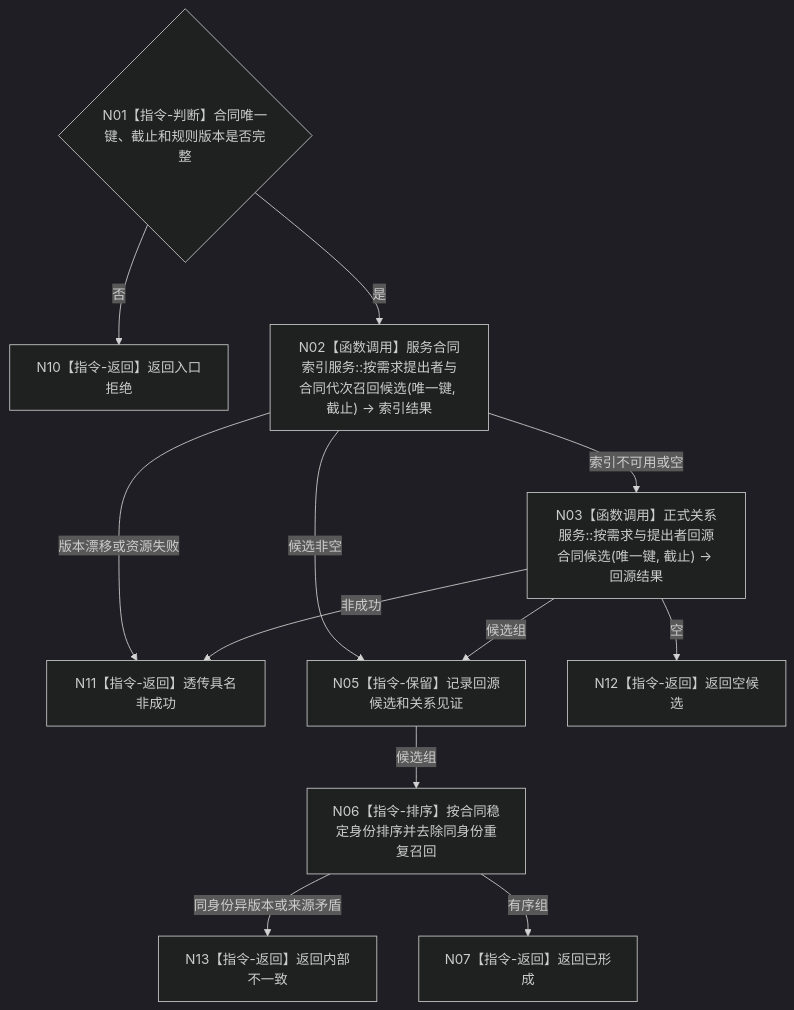
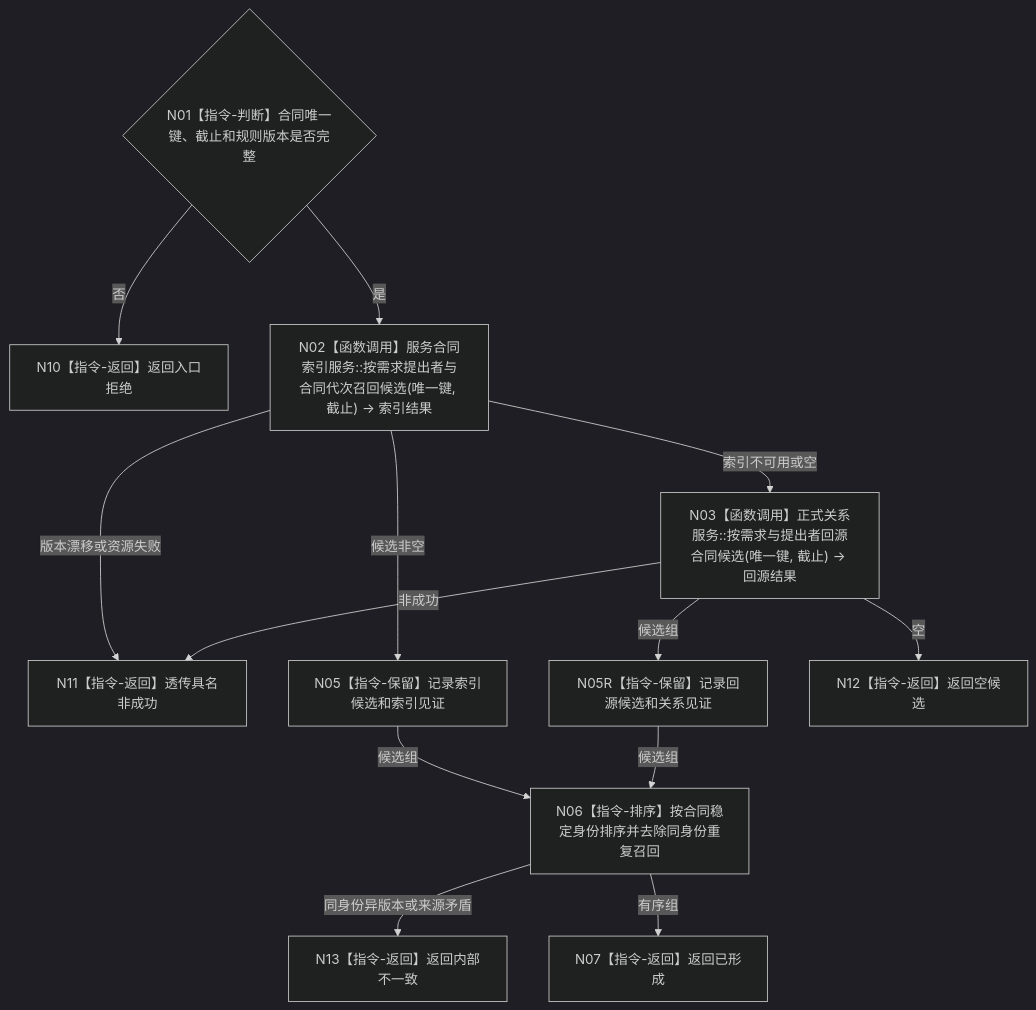
One commit to chunhaizh-cyber/HY-Ego changed the diagram in 流程图/目标业务流程图/L4/BIZ-L4-003-04-02-01_定位同一有效需求合同候选_目标函数流程图_v0.1.md. Above: the diagram before and after it, drawn with Mermaid (dark theme). The commit also changed other lines of this file and 4 other files, not shown here.

Commit message:
docs: 修正目标流程图节点接线

````diff
--- a/流程图/目标业务流程图/L4/BIZ-L4-003-04-02-01_定位同一有效需求合同候选_目标函数流程图_v0.1.md
+++ b/流程图/目标业务流程图/L4/BIZ-L4-003-04-02-01_定位同一有效需求合同候选_目标函数流程图_v0.1.md
@@ -30,14 +30,15 @@
 ```mermaid
 flowchart TD
     N01{"N01【指令-判断】合同唯一键、截止和规则版本是否完整"} -->|否| N10["N10【指令-返回】返回入口拒绝"]
     N01 -->|是| N02["N02【函数调用】服务合同索引服务::按需求提出者与合同代次召回候选(唯一键, 截止) -> 索引结果"]
     N02 -->|版本漂移或资源失败| N11["N11【指令-返回】透传具名非成功"]
     N02 -->|候选非空| N05["N05【指令-保留】记录索引候选和索引见证"]
     N02 -->|索引不可用或空| N03["N03【函数调用】正式关系服务::按需求与提出者回源合同候选(唯一键, 截止) -> 回源结果"]
     N03 -->|非成功| N11
-    N03 -->|候选组| N05["N05【指令-保留】记录回源候选和关系见证"]
+    N03 -->|候选组| N05R["N05R【指令-保留】记录回源候选和关系见证"]
     N03 -->|空| N12["N12【指令-返回】返回空候选"]
     N05 -->|候选组| N06["N06【指令-排序】按合同稳定身份排序并去除同身份重复召回"]
+    N05R -->|候选组| N06
     N06 -->|同身份异版本或来源矛盾| N13["N13【指令-返回】返回内部不一致"]
     N06 -->|有序组| N07["N07【指令-返回】返回已形成"]
 ```
````
